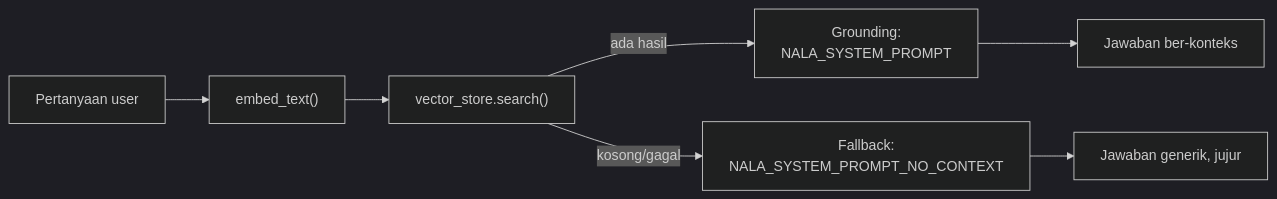
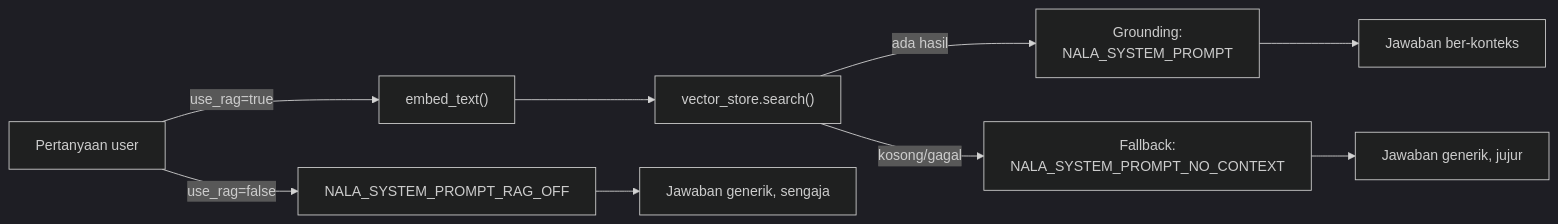
The diagram in Module-14-RAG-Chain/materi.md (githubna-ilham/nala_ai), drawn with Mermaid (dark theme) before and after one commit. The commit also changed other lines of this file, not shown here.

Commit message:
Module 14: tambahkan switch use_rag — user bisa memilih pakai RAG atau tidak lewat field request + toggle di chat.html, dengan system prompt NALA_SYSTEM_PROMPT_RAG_OFF khusus

````diff
--- a/Module-14-RAG-Chain/materi.md
+++ b/Module-14-RAG-Chain/materi.md
@@ -13,9 +13,11 @@
 ```mermaid
 flowchart LR
-    U["Pertanyaan user"] --> E["embed_text()"]
+    U["Pertanyaan user"] -->|"use_rag=true"| E["embed_text()"]
+    U -->|"use_rag=false"| R["NALA_SYSTEM_PROMPT_RAG_OFF"]
     E --> S["vector_store.search()"]
     S -->|"ada hasil"| G["Grounding:<br/>NALA_SYSTEM_PROMPT"]
     S -->|"kosong/gagal"| F["Fallback:<br/>NALA_SYSTEM_PROMPT_NO_CONTEXT"]
     G --> J["Jawaban ber-konteks"]
     F --> J2["Jawaban generik, jujur"]
+    R --> J3["Jawaban generik, sengaja"]
 ```
````
